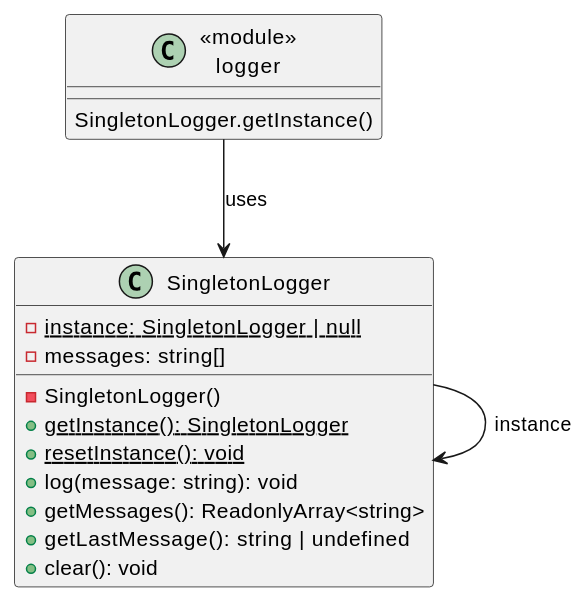
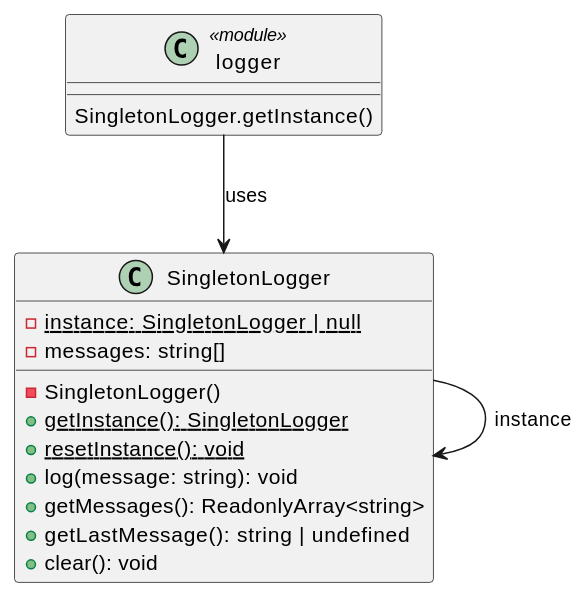
One commit to k2works/getting-started-design-pattern changed the diagram in docs/article/typescript/13-singleton.md. Above: the diagram before and after it, drawn with PlantUML. The commit also changed 73 other files, not shown here.

Commit message:
docs(article): PlantUML 表記と記事ナビゲーションを整理

````diff
--- a/docs/article/typescript/13-singleton.md
+++ b/docs/article/typescript/13-singleton.md
@@ -9,22 +9,22 @@
 ```plantuml
 @startuml
 class SingletonLogger {
   - {static} instance: SingletonLogger | null
   - messages: string[]
   - SingletonLogger()
   + {static} getInstance(): SingletonLogger
   + {static} resetInstance(): void
   + log(message: string): void
   + getMessages(): ReadonlyArray<string>
   + getLastMessage(): string | undefined
   + clear(): void
 }
 
-class "<<module>>\nlogger" as ModuleLogger {
+class "logger" as ModuleLogger <<module>> {
   SingletonLogger.getInstance()
 }
 
 SingletonLogger --> SingletonLogger : instance
 ModuleLogger --> SingletonLogger : uses
 @enduml
 ```
````
